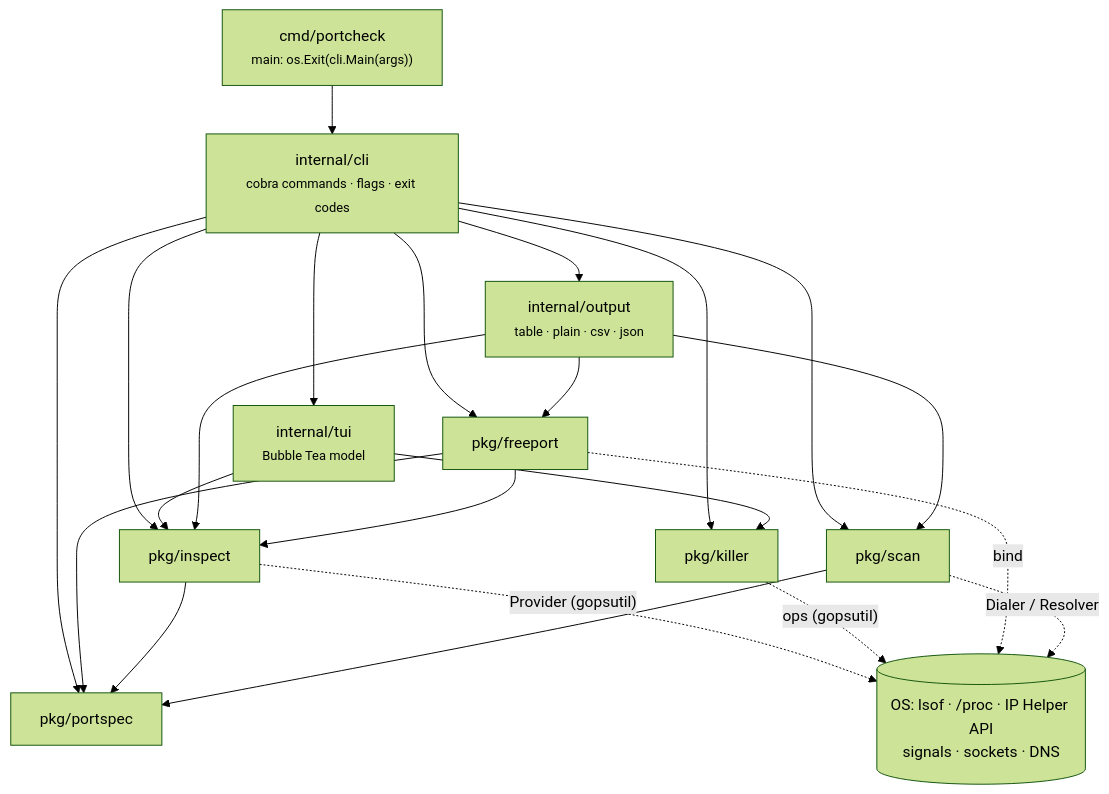
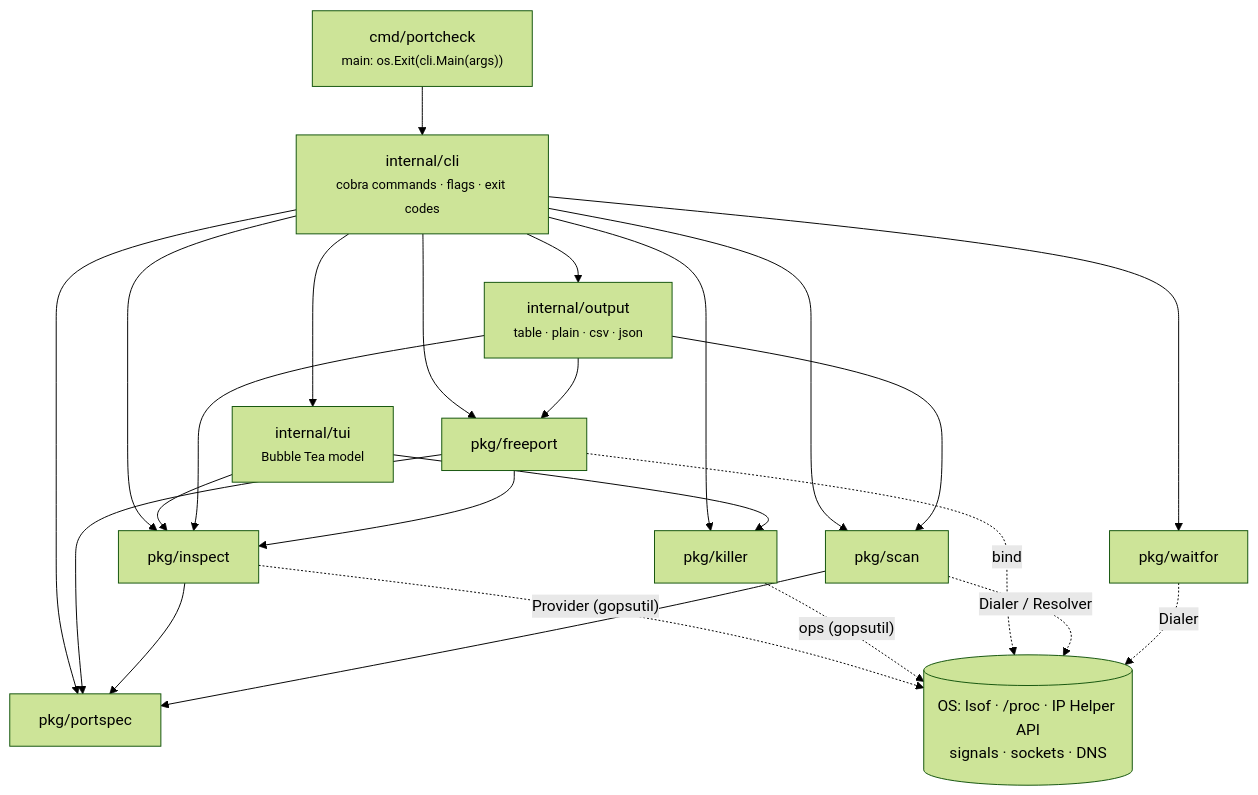
The first of 2 diagrams in docs/architecture.md (roystondwork-dev/portcheck), drawn with Mermaid (forest theme) before and after one commit. The commit also changed other lines of this file and 24 other files, not shown here.

````diff
--- a/docs/architecture.md
+++ b/docs/architecture.md
@@ -5,26 +5,28 @@
 ```mermaid
 flowchart TD
     main["cmd/portcheck<br/><small>main: os.Exit(cli.Main(args))</small>"]
     cli["internal/cli<br/><small>cobra commands · flags · exit codes</small>"]
     out["internal/output<br/><small>table · plain · csv · json</small>"]
     tui["internal/tui<br/><small>Bubble Tea model</small>"]
     portspec["pkg/portspec"]
     inspect["pkg/inspect"]
     freeport["pkg/freeport"]
     killer["pkg/killer"]
     scan["pkg/scan"]
+    waitfor["pkg/waitfor"]
     os[("OS: lsof · /proc · IP Helper API<br/>signals · sockets · DNS")]
 
     main --> cli
     cli --> out & tui
-    cli --> portspec & inspect & freeport & killer & scan
+    cli --> portspec & inspect & freeport & killer & scan & waitfor
     tui --> inspect & killer
     out --> inspect & freeport & scan
     freeport --> inspect & portspec
     inspect --> portspec
     scan --> portspec
     inspect -. "Provider (gopsutil)" .-> os
     killer -. "ops (gopsutil)" .-> os
     freeport -. "bind" .-> os
     scan -. "Dialer / Resolver" .-> os
+    waitfor -. "Dialer" .-> os
 ```
````
